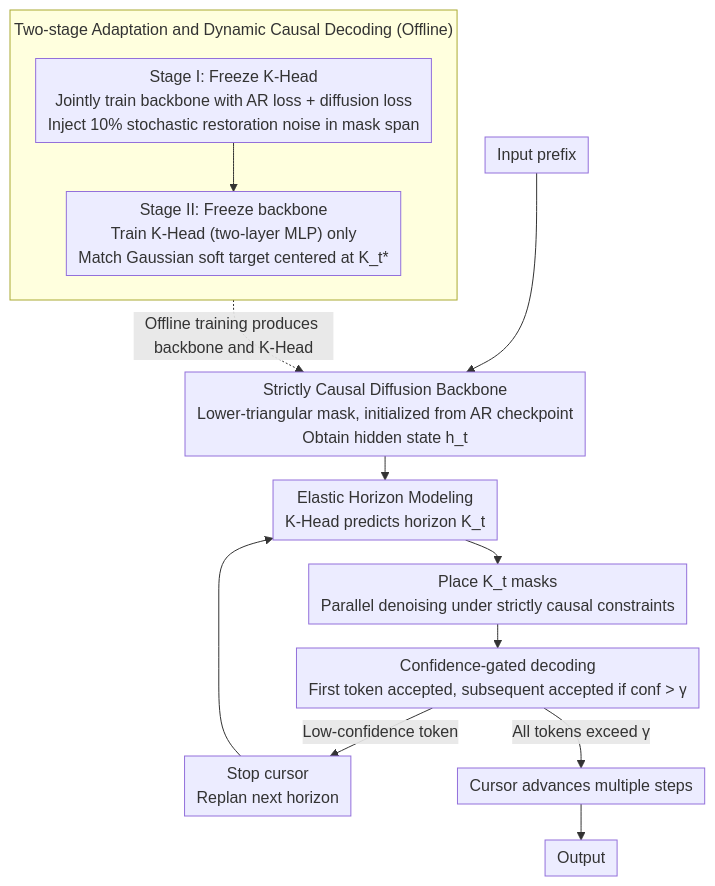
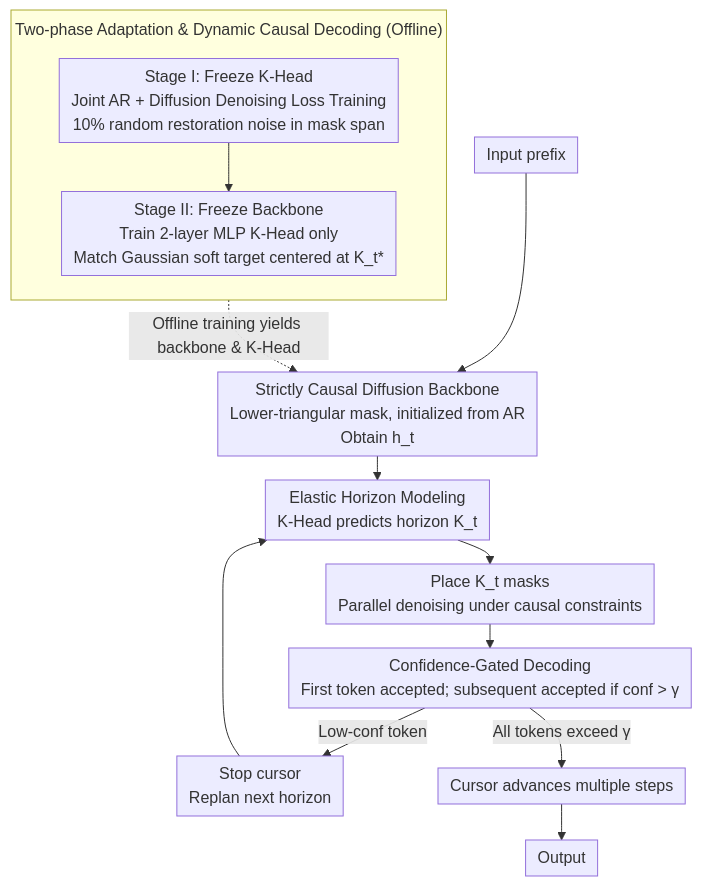
One commit to zhaoyang97/Paper-Notes-en changed the diagram in docs/ACL2026/image_generation/from_ar_to_diffusion_efficiently_adapting_large_language_models_with_strictly_ca.md. Above: the diagram before and after it, drawn with Mermaid. The commit also changed other lines of this file and 5084 other files, not shown here.

````diff
--- a/docs/ACL2026/image_generation/from_ar_to_diffusion_efficiently_adapting_large_language_models_with_strictly_ca.md
+++ b/docs/ACL2026/image_generation/from_ar_to_diffusion_efficiently_adapting_large_language_models_with_strictly_ca.md
@@ -43,19 +43,19 @@
 ```mermaid
 %%{init: {'flowchart': {'rankSpacing': 24, 'nodeSpacing': 28, 'padding': 6, 'wrappingWidth': 400, 'subGraphTitleMargin': {'top': 8, 'bottom': 16}}}}%%
 flowchart TD
-    subgraph TRAIN["Two-stage Adaptation and Dynamic Causal Decoding (Offline)"]
+    subgraph TRAIN["Two-phase Adaptation & Dynamic Causal Decoding (Offline)"]
         direction TB
-        T1["Stage I: Freeze K-Head<br/>Jointly train backbone with AR loss + diffusion loss<br/>Inject 10% stochastic restoration noise in mask span"]
-        T2["Stage II: Freeze backbone<br/>Train K-Head (two-layer MLP) only<br/>Match Gaussian soft target centered at K_t*"]
+        T1["Stage I: Freeze K-Head<br/>Joint AR + Diffusion Denoising Loss Training<br/>10% random restoration noise in mask span"]
+        T2["Stage II: Freeze Backbone<br/>Train 2-layer MLP K-Head only<br/>Match Gaussian soft target centered at K_t*"]
         T1 --> T2
     end
-    A["Input prefix"] --> B["Strictly Causal Diffusion Backbone<br/>Lower-triangular mask, initialized from AR checkpoint<br/>Obtain hidden state h_t"]
+    A["Input prefix"] --> B["Strictly Causal Diffusion Backbone<br/>Lower-triangular mask, initialized from AR<br/>Obtain h_t"]
     B --> C["Elastic Horizon Modeling<br/>K-Head predicts horizon K_t"]
-    C --> D["Place K_t masks<br/>Parallel denoising under strictly causal constraints"]
-    D --> E["Confidence-gated decoding<br/>First token accepted, subsequent accepted if conf > γ"]
-    E -->|Low-confidence token| F["Stop cursor<br/>Replan next horizon"]
+    C --> D["Place K_t masks<br/>Parallel denoising under causal constraints"]
+    D --> E["Confidence-Gated Decoding<br/>First token accepted; subsequent accepted if conf > γ"]
+    E -->|Low-conf token| F["Stop cursor<br/>Replan next horizon"]
     F --> C
     E -->|All tokens exceed γ| G["Cursor advances multiple steps"]
     G --> H["Output"]
-    TRAIN -.Offline training produces backbone and K-Head.-> B
+    TRAIN -.Offline training yields backbone & K-Head.-> B
 ```
````
